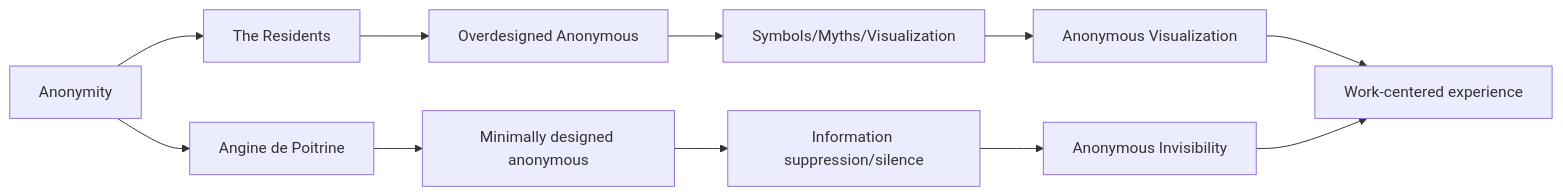
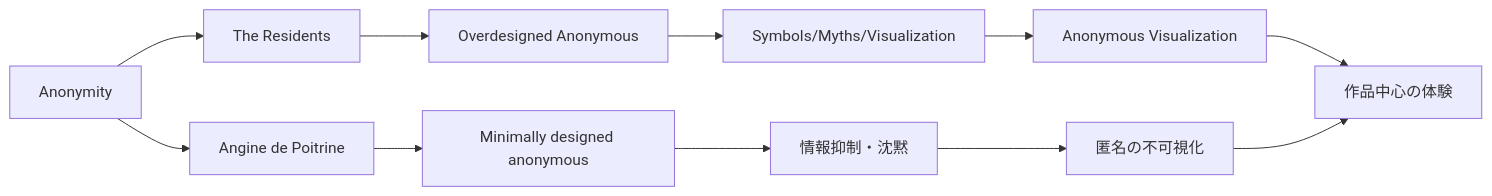
Before and after one commit to monumental-movement/monumental-movement.github.io: diagram 13 of 17 in en/_posts/2026-07-06-column-angine-de-poitrine-the-residents.md, drawn with Mermaid. The commit also changed other lines of this file and 2196 other files, not shown here.

```diff
--- a/en/_posts/2026-07-06-column-angine-de-poitrine-the-residents.md
+++ b/en/_posts/2026-07-06-column-angine-de-poitrine-the-residents.md
@@ -1409,19 +1408,19 @@
 <div class="mermaid">
 flowchart LR
 
 A["Anonymity"]
 B["The Residents"]
 C["Overdesigned Anonymous"]
 D["Symbols/Myths/Visualization"]
 E["Anonymous Visualization"]
 
 F["Angine de Poitrine"]
 G["Minimally designed anonymous"]
-H["Information suppression/silence"]
-I["Anonymous Invisibility"]
+H["情報抑制・沈黙"]
+I["匿名の不可視化"]
 
-J["Work-centered experience"]
+J["作品中心の体験"]
 
 A --> B --> C --> D --> E --> J
 A --> F --> G --> H --> I --> J
 </div>
```
